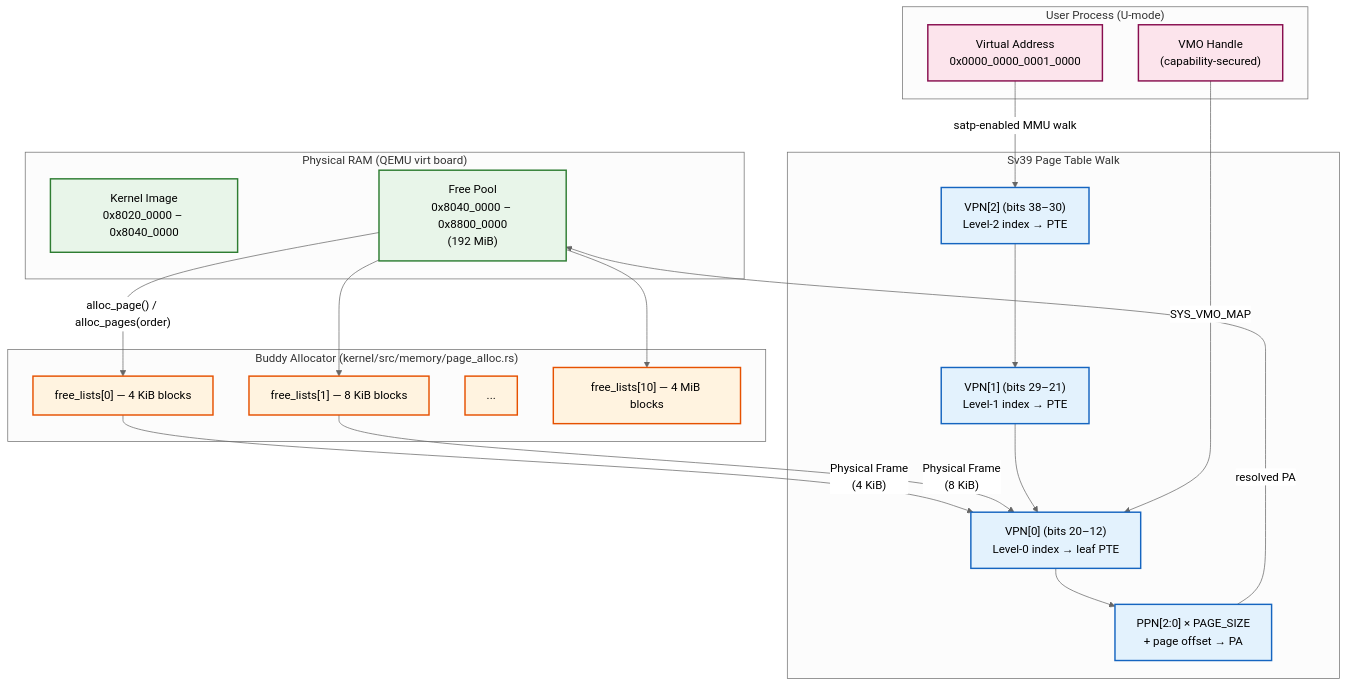
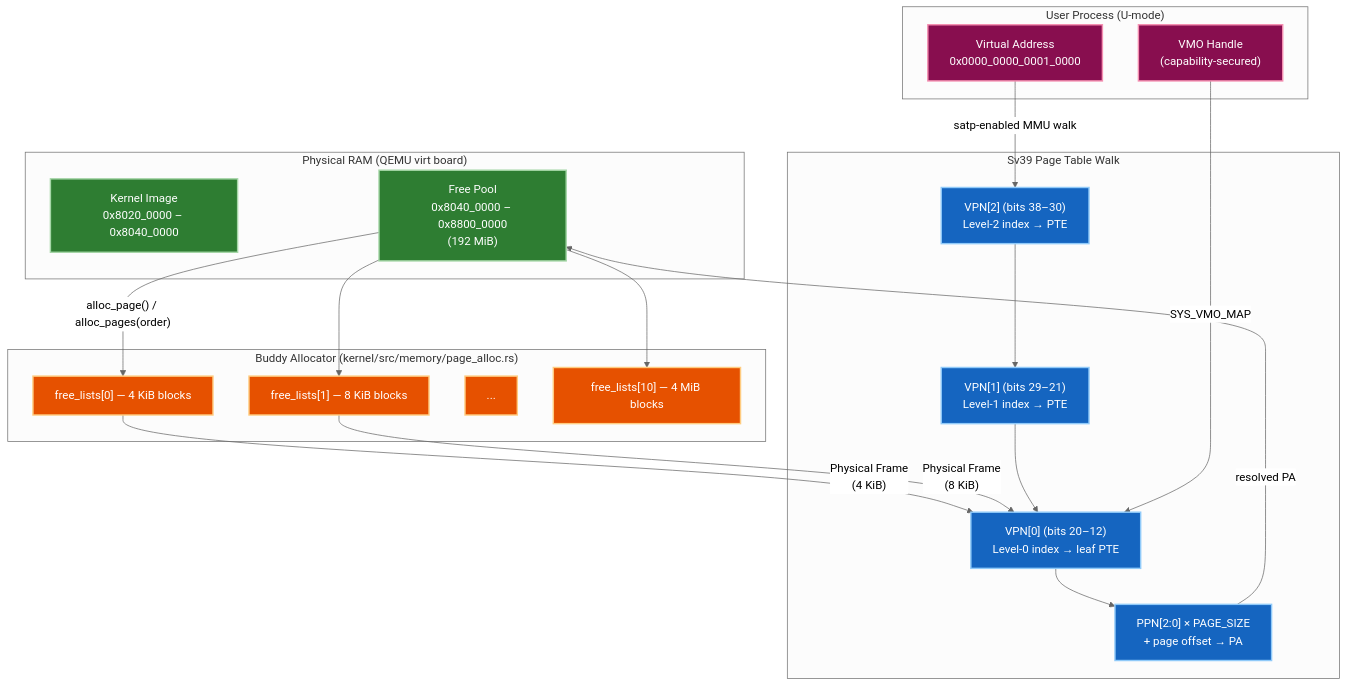
The diagram in docs/PHASE_03_DESIGN.md (hanvith6/VeridianOS), drawn with Mermaid (neutral theme) before and after one commit. The commit also changed 9 other files, not shown here.

Commit message:
docs: fix mermaid classDef contrast — dark fills + white text across all phase diagrams

````diff
--- a/docs/PHASE_03_DESIGN.md
+++ b/docs/PHASE_03_DESIGN.md
@@ -25,48 +25,48 @@
 ```mermaid
 graph TD
     subgraph PhysRAM ["Physical RAM (QEMU virt board)"]
         KernelImage["Kernel Image\n0x8020_0000 – 0x8040_0000"]
         FreePool["Free Pool\n0x8040_0000 – 0x8800_0000\n(192 MiB)"]
     end
 
     subgraph BuddyAllocator ["Buddy Allocator (kernel/src/memory/page_alloc.rs)"]
         FL0["free_lists[0] — 4 KiB blocks"]
         FL1["free_lists[1] — 8 KiB blocks"]
         FLdot["..."]
         FL10["free_lists[10] — 4 MiB blocks"]
     end
 
     subgraph Sv39Walk ["Sv39 Page Table Walk"]
         VPN2["VPN[2] (bits 38–30)\nLevel-2 index → PTE"]
         VPN1["VPN[1] (bits 29–21)\nLevel-1 index → PTE"]
         VPN0["VPN[0] (bits 20–12)\nLevel-0 index → leaf PTE"]
         PPN["PPN[2:0] × PAGE_SIZE\n+ page offset → PA"]
     end
 
     subgraph UserProcess ["User Process (U-mode)"]
         VA["Virtual Address\n0x0000_0000_0001_0000"]
         VMOHandle["VMO Handle\n(capability-secured)"]
     end
 
     FreePool -->|"alloc_page() / alloc_pages(order)"| FL0
     FreePool --> FL1
     FreePool --> FL10
     FL0 -->|"Physical Frame\n(4 KiB)"| VPN0
     FL1 -->|"Physical Frame\n(8 KiB)"| VPN0
     VPN0 --> PPN
     VPN2 --> VPN1
     VPN1 --> VPN0
     VA -->|"satp-enabled MMU walk"| VPN2
     VMOHandle -->|"SYS_VMO_MAP"| VPN0
     PPN -->|"resolved PA"| FreePool
 
-    classDef ram fill:#e8f5e9,stroke:#2e7d32,stroke-width:2px;
-    classDef buddy fill:#fff3e0,stroke:#e65100,stroke-width:2px;
-    classDef walk fill:#e3f2fd,stroke:#1565c0,stroke-width:2px;
-    classDef user fill:#fce4ec,stroke:#880e4f,stroke-width:2px;
+    classDef ram fill:#2e7d32,stroke:#a5d6a7,color:#ffffff,stroke-width:2px;
+    classDef buddy fill:#e65100,stroke:#ffcc80,color:#ffffff,stroke-width:2px;
+    classDef walk fill:#1565c0,stroke:#90caf9,color:#ffffff,stroke-width:2px;
+    classDef user fill:#880e4f,stroke:#f48fb1,color:#ffffff,stroke-width:2px;
 
     class KernelImage,FreePool ram;
     class FL0,FL1,FLdot,FL10 buddy;
     class VPN2,VPN1,VPN0,PPN walk;
     class VA,VMOHandle user;
 ```
````
